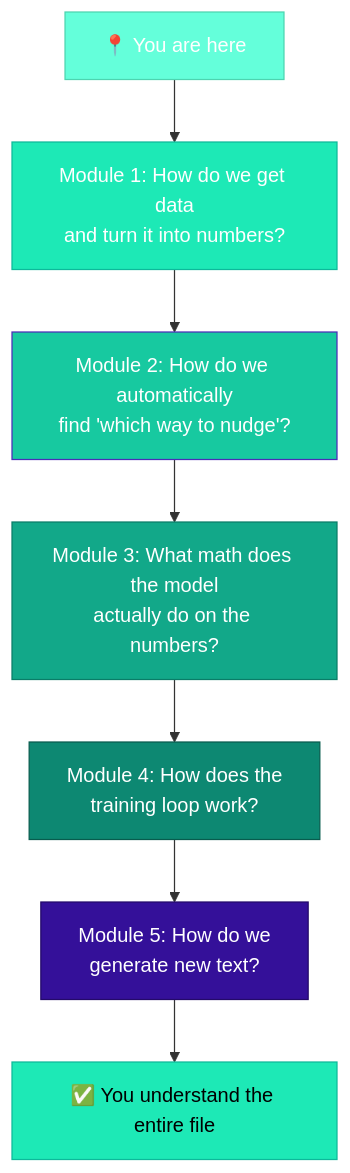
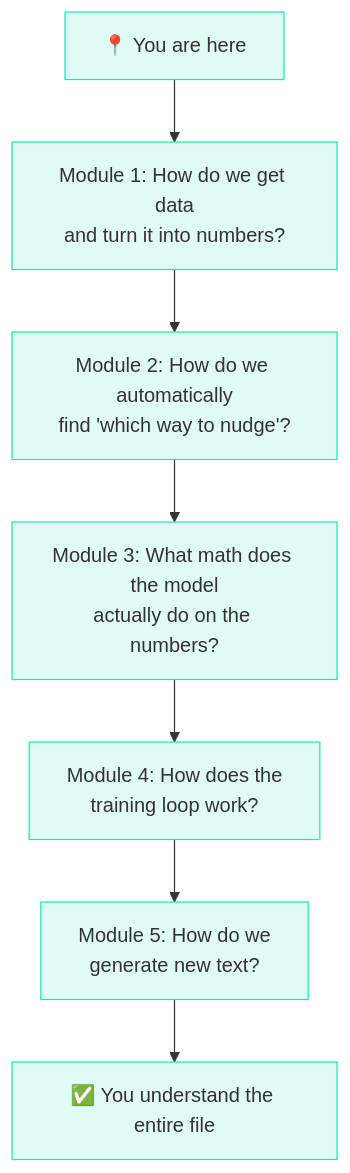
Before and after one commit to iamkhalid2/microgpt-course: the second of 2 diagrams in docs/00-the-big-picture/02-the-learning-machine-analogy.md, drawn with Mermaid. The commit also changed other lines of this file and 21 other files, not shown here.

Commit message:
Fix Mermaid: remove hardcoded text color (theme-adaptive), add mobile scrolling, fix \\n to br

````diff
--- a/docs/00-the-big-picture/02-the-learning-machine-analogy.md
+++ b/docs/00-the-big-picture/02-the-learning-machine-analogy.md
@@ -119,18 +119,18 @@
 ```mermaid
 flowchart TD
     HERE["📍 You are here"] --> M1
-    M1["Module 1: How do we get data\nand turn it into numbers?"] --> M2
-    M2["Module 2: How do we automatically\nfind 'which way to nudge'?"] --> M3
-    M3["Module 3: What math does the model\nactually do on the numbers?"] --> M4
-    M4["Module 4: How does the\ntraining loop work?"] --> M5
-    M5["Module 5: How do we\ngenerate new text?"] --> DONE
+    M1["Module 1: How do we get data<br>and turn it into numbers?"] --> M2
+    M2["Module 2: How do we automatically<br>find 'which way to nudge'?"] --> M3
+    M3["Module 3: What math does the model<br>actually do on the numbers?"] --> M4
+    M4["Module 4: How does the<br>training loop work?"] --> M5
+    M5["Module 5: How do we<br>generate new text?"] --> DONE
     DONE["✅ You understand the entire file"]
 
-    style HERE fill:#64ffda,stroke:#4dd4b0,color:#fff
-    style M1 fill:#1de9b6,stroke:#0db99a,color:#fff
-    style M2 fill:#17c9a0,stroke:#4a2db8,color:#fff
-    style M3 fill:#12a889,stroke:#0a7d68,color:#fff
-    style M4 fill:#0d8872,stroke:#085c4e,color:#fff
-    style M5 fill:#341099,stroke:#240a69,color:#fff
-    style DONE fill:#1de9b6,stroke:#0db99a,color:#000
+    style HERE fill:#e0faf4,stroke:#1de9b6
+    style M1 fill:#e0faf4,stroke:#1de9b6
+    style M2 fill:#e0faf4,stroke:#1de9b6
+    style M3 fill:#e0faf4,stroke:#1de9b6
+    style M4 fill:#e0faf4,stroke:#1de9b6
+    style M5 fill:#e0faf4,stroke:#1de9b6
+    style DONE fill:#e0faf4,stroke:#1de9b6
 ```
````
